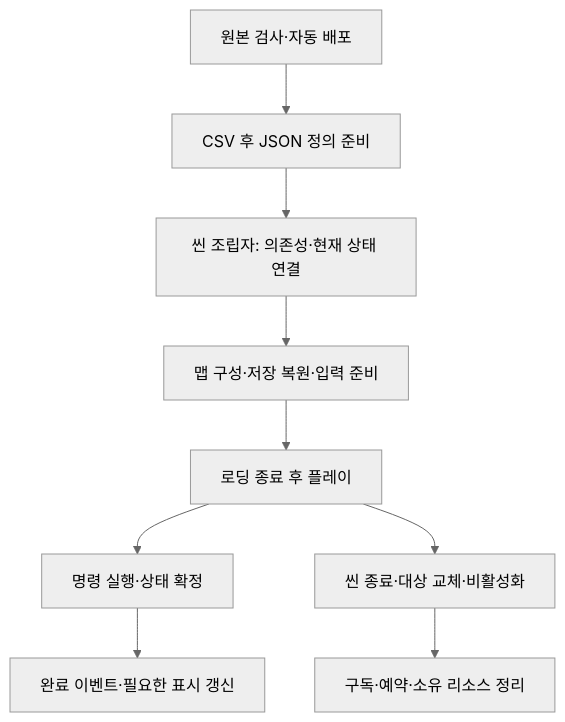
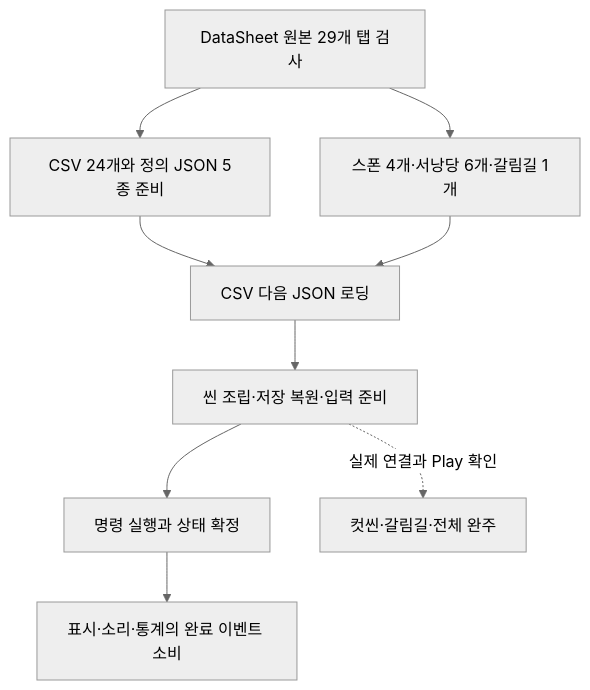
One commit to lkhwcf-arch/Human_Ghost- changed the first of 2 diagrams in Docs/개발자용 설계문서/현재 구현과 검증 현황.md. Above: the diagram before and after it, drawn with Mermaid (neutral theme). The commit also changed other lines of this file and 16 other files, not shown here.

````diff
--- a/Docs/개발자용 설계문서/현재 구현과 검증 현황.md
+++ b/Docs/개발자용 설계문서/현재 구현과 검증 현황.md
@@ -71,11 +9,11 @@
 ```mermaid
 flowchart TD
-    A[원본 검사·자동 배포] --> B[CSV 후 JSON 정의 준비]
-    B --> C[씬 조립자: 의존성·현재 상태 연결]
-    C --> D[맵 구성·저장 복원·입력 준비]
-    D --> E[로딩 종료 후 플레이]
-    E --> F[명령 실행·상태 확정]
-    F --> G[완료 이벤트·필요한 표시 갱신]
-    E --> H[씬 종료·대상 교체·비활성화]
-    H --> I[구독·예약·소유 리소스 정리]
+    A[DataSheet 원본 29개 탭 검사] --> B[CSV 24개와 정의 JSON 5종 준비]
+    A --> C[스폰 4개·서낭당 6개·갈림길 1개]
+    B --> D[CSV 다음 JSON 로딩]
+    C --> D
+    D --> E[씬 조립·저장 복원·입력 준비]
+    E --> F[명령 실행과 상태 확정]
+    F --> G[표시·소리·통계의 완료 이벤트 소비]
+    E -. 실제 연결과 Play 확인 .-> H[컷씬·갈림길·전체 완주]
 ```
````
